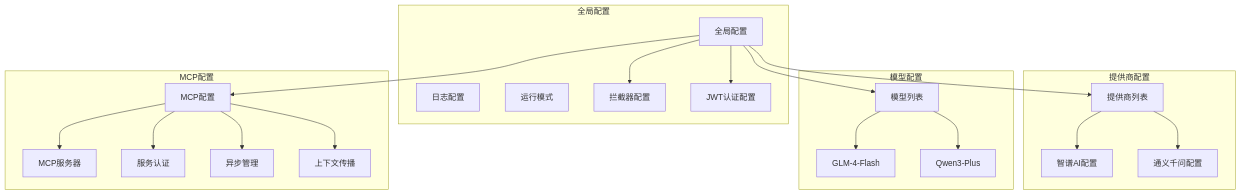
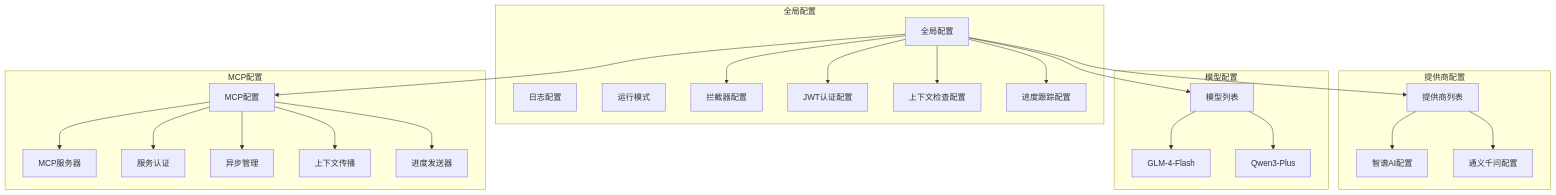
Before and after one commit to maomao94/zero-service: the seventh of 29 diagrams in .qoder/repowiki/zh/content/AI聊天服务迁移指南.md, drawn with Mermaid. The commit also changed other lines of this file and 48 other files, not shown here.

````diff
--- a/.qoder/repowiki/zh/content/AI聊天服务迁移指南.md
+++ b/.qoder/repowiki/zh/content/AI聊天服务迁移指南.md
@@ -380,40 +433,46 @@
 ```mermaid
 graph TB
 subgraph "全局配置"
 Global[全局配置]
 Log[日志配置]
 Mode[运行模式]
 Interceptor[拦截器配置]
 JWT[JWT认证配置]
+ContextCheck[上下文检查配置]
+Progress[进度跟踪配置]
 end
 subgraph "提供商配置"
 Providers[提供商列表]
 Provider1[智谱AI配置]
 Provider2[通义千问配置]
 end
 subgraph "模型配置"
 Models[模型列表]
 Model1[GLM-4-Flash]
 Model2[Qwen3-Plus]
 end
 subgraph "MCP配置"
 MCP[MCP配置]
 Servers[MCP服务器]
 Auth[服务认证]
 Async[异步管理]
 Context[上下文传播]
+ProgressSender[进度发送器]
 end
 Global --> Providers
 Global --> Models
 Global --> MCP
 Global --> Interceptor
 Global --> JWT
+Global --> ContextCheck
+Global --> Progress
 Providers --> Provider1
 Providers --> Provider2
 Models --> Model1
 Models --> Model2
 MCP --> Servers
 MCP --> Auth
 MCP --> Async
 MCP --> Context
+MCP --> ProgressSender
 ```
````
